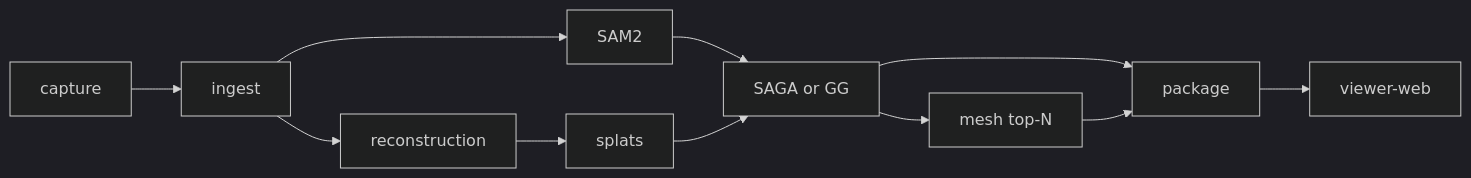
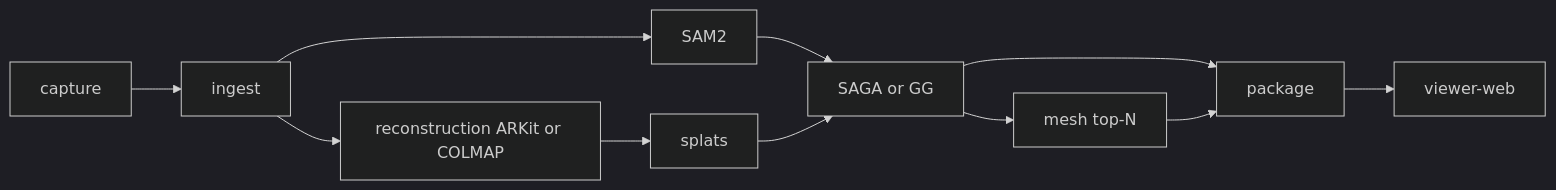
One commit to YoelVirada/3d changed the diagram in ARCHITECTURE.md. Above: the diagram before and after it, drawn with Mermaid (dark theme). The commit also changed other lines of this file and 30 other files, not shown here.

````diff
--- a/ARCHITECTURE.md
+++ b/ARCHITECTURE.md
@@ -30,13 +29,13 @@
 ```mermaid
 flowchart LR
   CAP[capture] --> ING[ingest]
-  ING --> REC[reconstruction]
+  ING --> REC[reconstruction ARKit or COLMAP]
   REC --> SPL[splats]
   ING --> SEG[SAM2]
   SEG --> LIFT[SAGA or GG]
   SPL --> LIFT
   LIFT --> MESH[mesh top-N]
   LIFT --> PKG[package]
   MESH --> PKG
   PKG --> VIEW[viewer-web]
 ```
````
